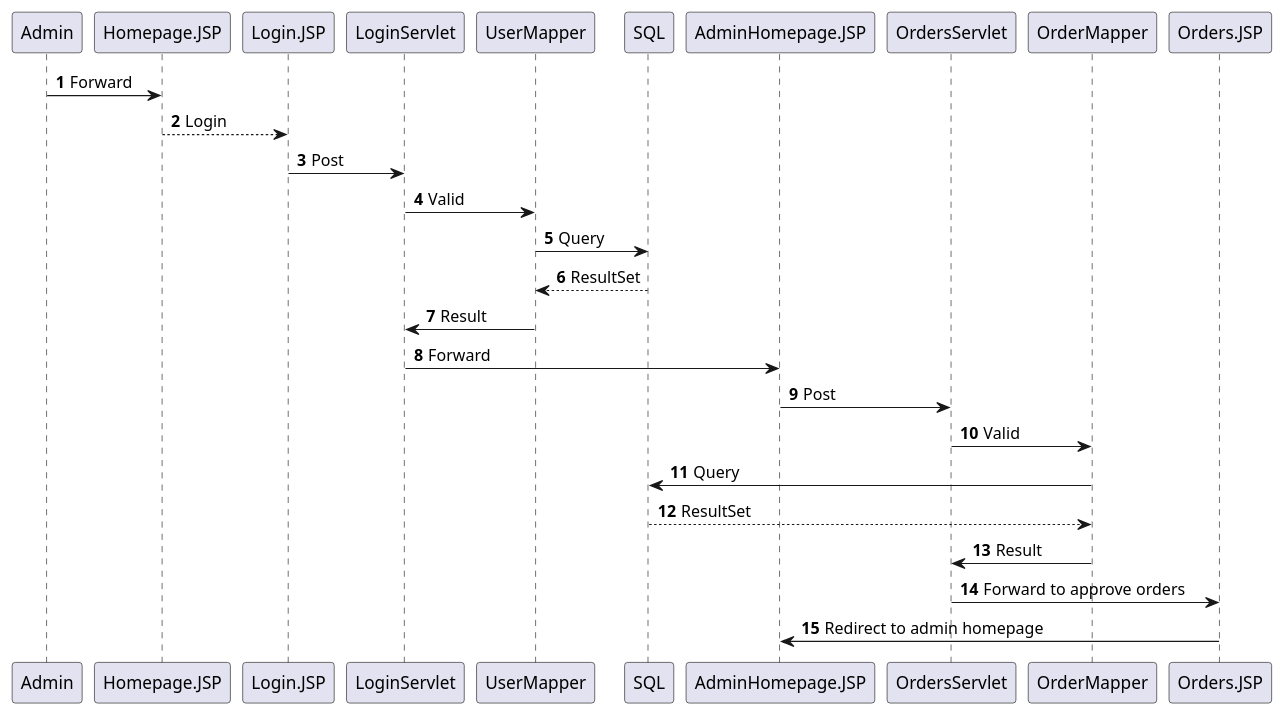
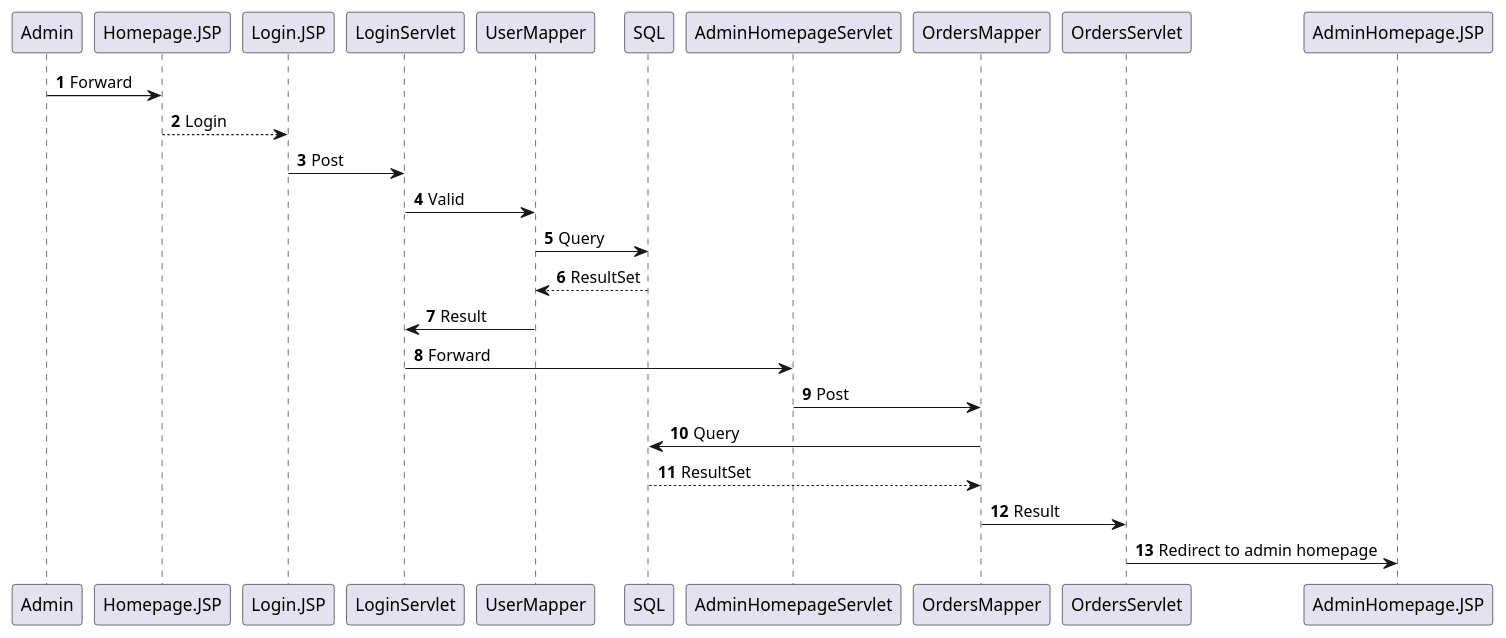
The diagram in documentation/SqAdminSeeOrders.puml (HeinLarsen/fog-carport), drawn with PlantUML before and after one commit.

Commit message:
Look! Sq detaljer

```diff
--- a/documentation/SqAdminSeeOrders.puml
+++ b/documentation/SqAdminSeeOrders.puml
@@ -1,22 +1,21 @@
 @startuml
 'https://plantuml.com/sequence-diagram
 
 autonumber
 
 Admin -> Homepage.JSP: Forward
 Homepage.JSP --> Login.JSP: Login
 Login.JSP -> LoginServlet: Post
 LoginServlet -> UserMapper: Valid
 UserMapper -> SQL: Query
 SQL --> UserMapper: ResultSet
 UserMapper -> LoginServlet: Result
-LoginServlet -> AdminHomepage.JSP: Forward
-AdminHomepage.JSP -> OrdersServlet: Post
-OrdersServlet -> OrderMapper: Valid
-OrderMapper -> SQL: Query
-SQL --> OrderMapper: ResultSet
-OrderMapper -> OrdersServlet: Result
-OrdersServlet -> Orders.JSP: Forward to approve orders
-Orders.JSP -> AdminHomepage.JSP: Redirect to admin homepage
+LoginServlet -> AdminHomepageServlet: Forward
+
+AdminHomepageServlet -> OrdersMapper: Post
+OrdersMapper -> SQL: Query
+SQL --> OrdersMapper: ResultSet
+OrdersMapper -> OrdersServlet: Result
+OrdersServlet -> AdminHomepage.JSP: Redirect to admin homepage
 
 @enduml
```
